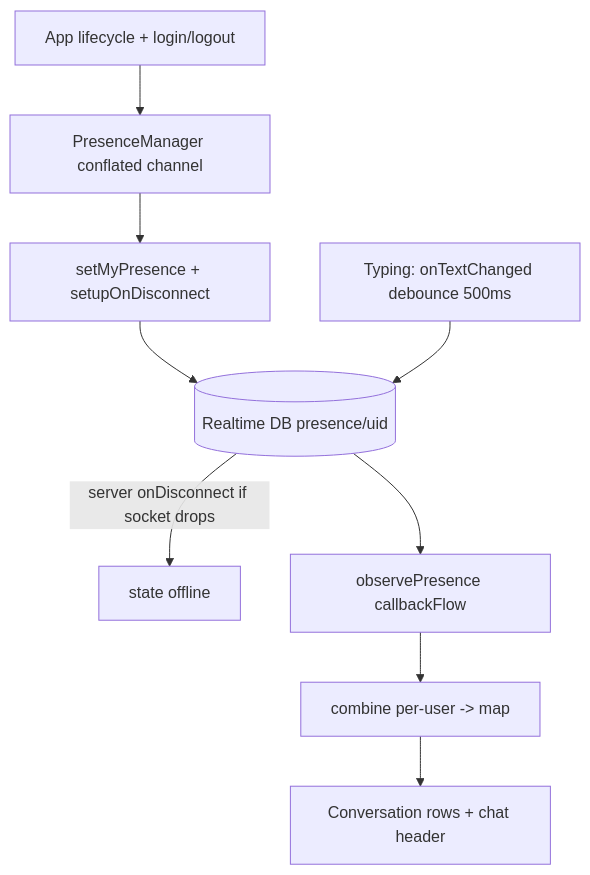
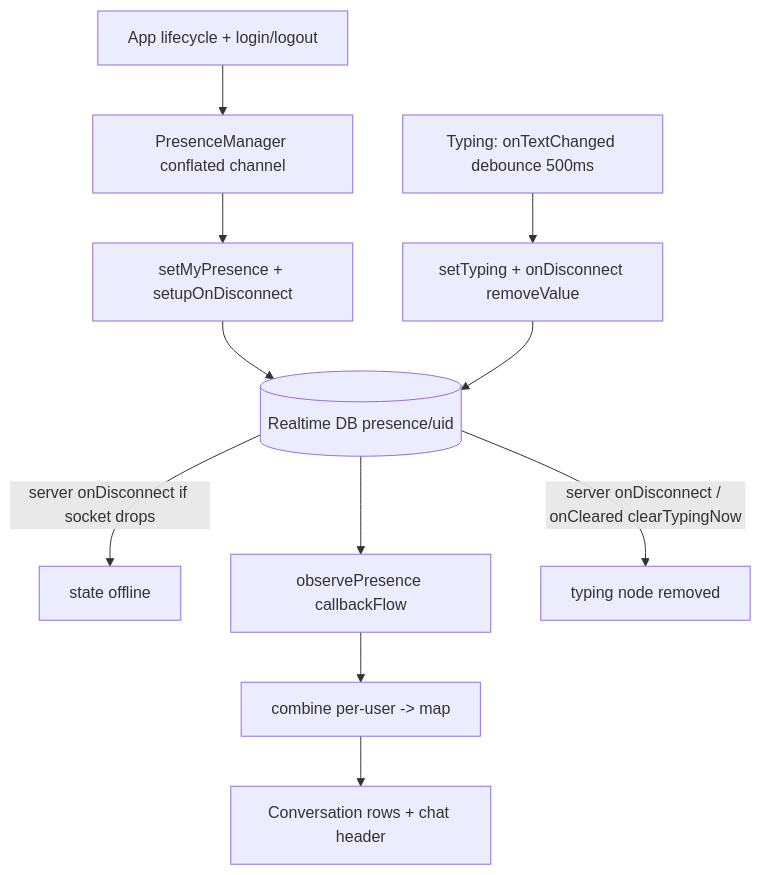
The diagram in 02 - Features/Presence and Typing.md (DerekBurned/messenger-docs), drawn with Mermaid before and after one commit. The commit also changed other lines of this file and 16 other files, not shown here.

````diff
--- a/02 - Features/Presence and Typing.md
+++ b/02 - Features/Presence and Typing.md
@@ -97,11 +113,13 @@
 ```mermaid
 flowchart TD
     LC[App lifecycle + login/logout] --> PM[PresenceManager conflated channel]
     PM --> SET[setMyPresence + setupOnDisconnect]
     SET --> RTDB[(Realtime DB presence/uid)]
     RTDB -->|server onDisconnect if socket drops| OFF[state offline]
     RTDB --> OBS[observePresence callbackFlow]
     OBS --> COMB[combine per-user -> map]
     COMB --> ROWS[Conversation rows + chat header]
-    TXT[Typing: onTextChanged debounce 500ms] --> RTDB
+    TXT[Typing: onTextChanged debounce 500ms] --> TSET[setTyping + onDisconnect removeValue]
+    TSET --> RTDB
+    RTDB -->|server onDisconnect / onCleared clearTypingNow| TCLR[typing node removed]
 ```
````
